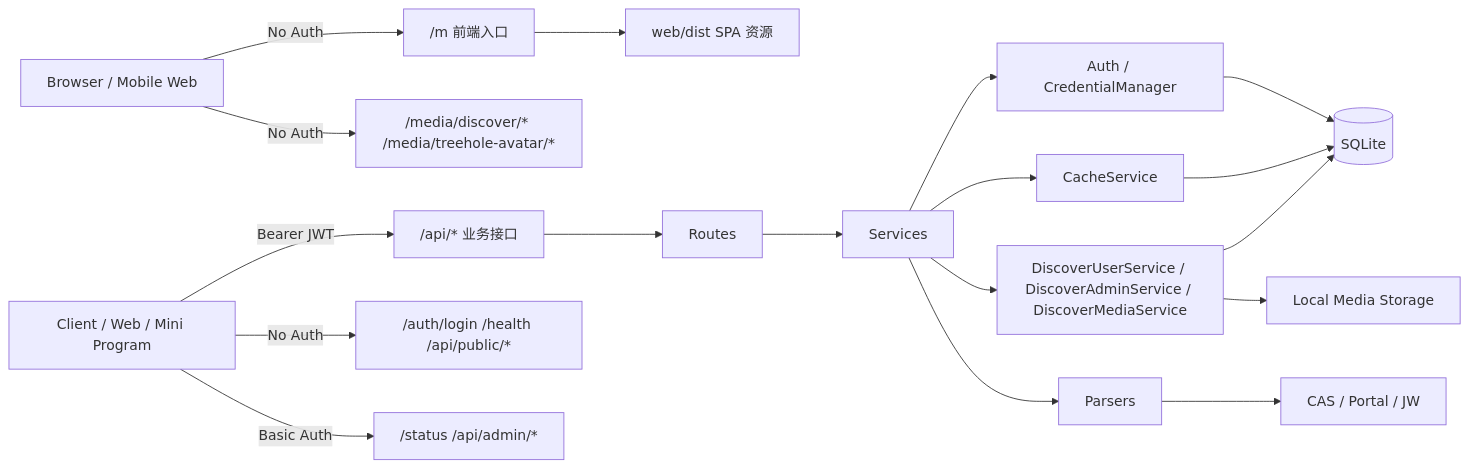
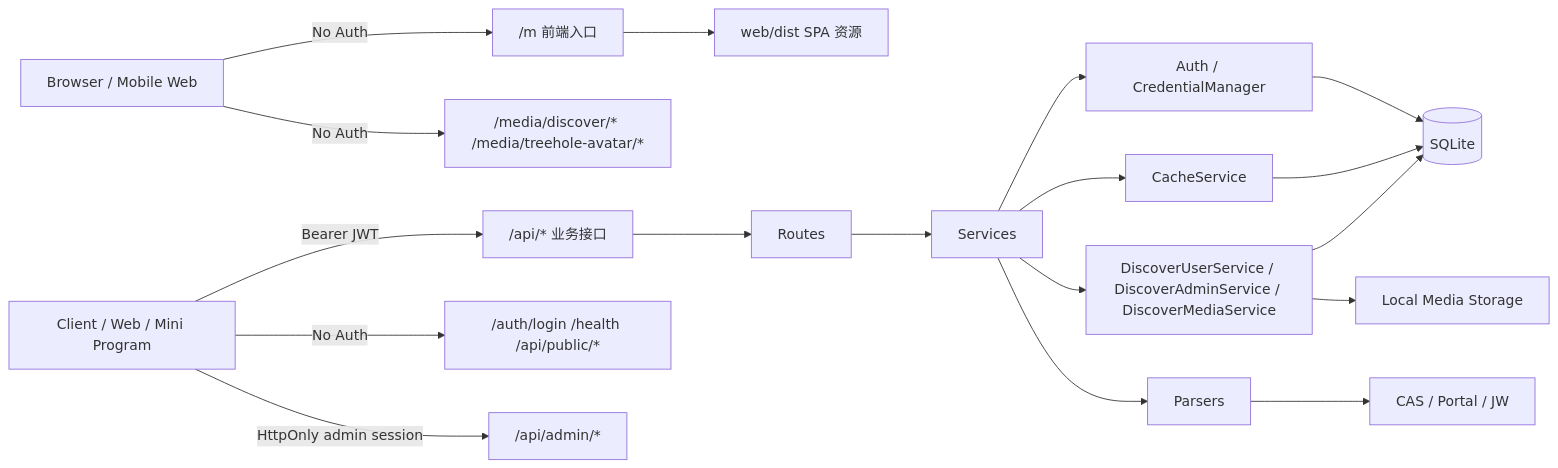
One commit to yuxiangyun/huas-backend changed the diagram in docs/architecture/ARCHITECTURE.md. Above: the diagram before and after it, drawn with Mermaid. The commit also changed other lines of this file and 64 other files, not shown here.

````diff
--- a/docs/architecture/ARCHITECTURE.md
+++ b/docs/architecture/ARCHITECTURE.md
@@ -42,21 +42,21 @@
 ```mermaid
 flowchart LR
   Browser["Browser / Mobile Web"] -->|No Auth| Web["/m 前端入口"]
   Client["Client / Web / Mini Program"] -->|Bearer JWT| API["/api/* 业务接口"]
   Client -->|No Auth| Public["/auth/login /health /api/public/*"]
-  Client -->|Basic Auth| Admin["/status /api/admin/*"]
+  Client -->|HttpOnly admin session| Admin["/api/admin/*"]
   Browser -->|No Auth| Media["/media/discover/* /media/treehole-avatar/*"]
 
   Web --> Assets["web/dist SPA 资源"]
   API --> Routes
   Routes --> Services
   Services --> Auth["Auth / CredentialManager"]
   Services --> Cache["CacheService"]
   Services --> Discover["DiscoverUserService / DiscoverAdminService / DiscoverMediaService"]
   Services --> Parsers
   Auth --> DB[(SQLite)]
   Cache --> DB
   Discover --> DB
   Discover --> Files["Local Media Storage"]
   Parsers --> Upstream["CAS / Portal / JW"]
 ```
````
